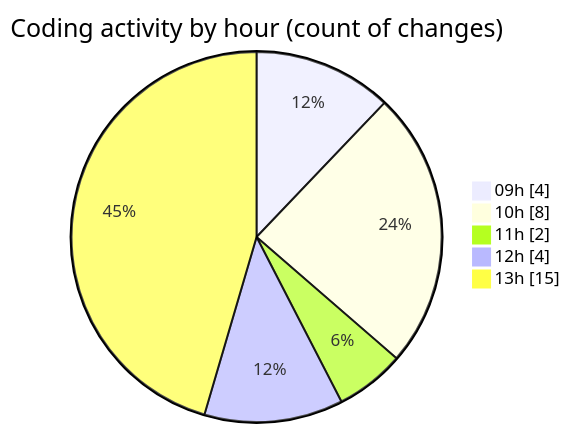
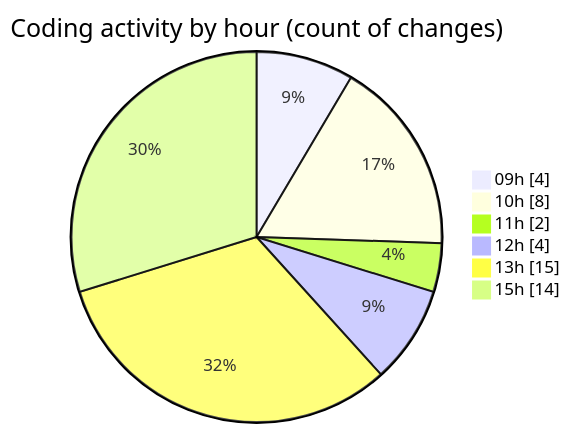
The second of 2 diagrams in 2026-06-03/cda/README.md (momahboobian/code-tracking), drawn with Mermaid before and after one commit. The commit also changed other lines of this file and 1 other file, not shown here.

````diff
--- a/2026-06-03/cda/README.md
+++ b/2026-06-03/cda/README.md
@@ -48,9 +57,10 @@
 ```mermaid
 pie showData
 title Coding activity by hour (count of changes)
 "09h" : 4
 "10h" : 8
 "11h" : 2
 "12h" : 4
 "13h" : 15
+"15h" : 14
 ```
````
